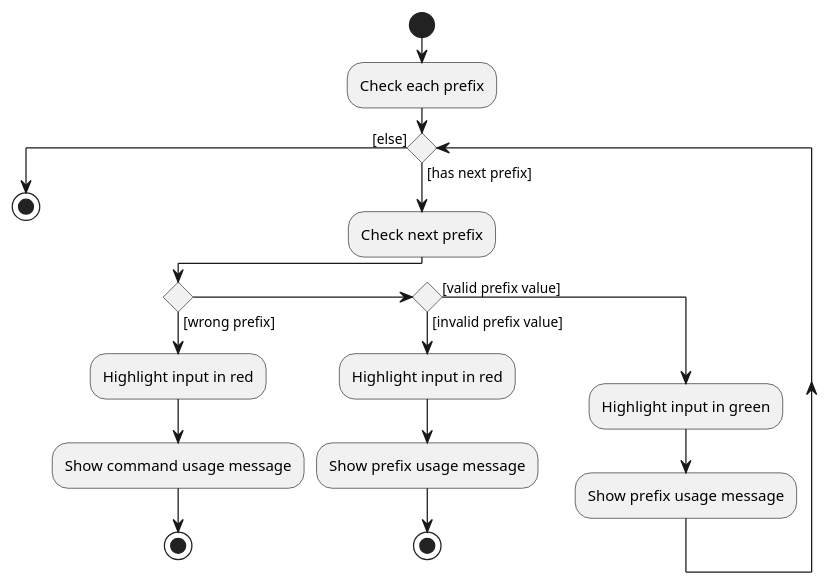
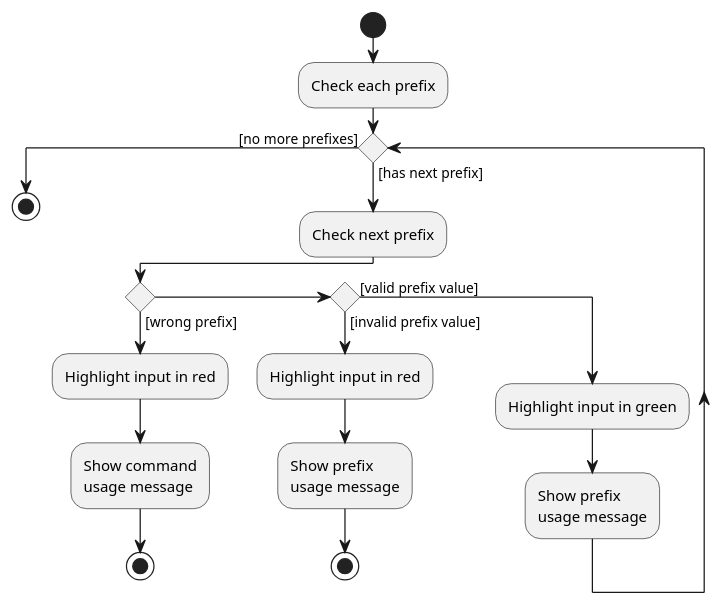
Before and after one commit to nus-cs2103-AY1920S2/addressbook-level3: the third of 3 diagrams in docs/diagrams/SyntaxHighlightingActivityDiagram.puml, drawn with PlantUML. The commit also changed other lines of this file and 8 other files, not shown here.

```diff
--- a/docs/diagrams/SyntaxHighlightingActivityDiagram.puml
+++ b/docs/diagrams/SyntaxHighlightingActivityDiagram.puml
@@ -66,24 +69,27 @@
 @startuml
 start
 
 :Check each prefix;
 
 while () is ([has next prefix])
 
 :Check next prefix;
 
 if () then ([wrong prefix])
     :Highlight input in red;
-    :Show command usage message;
+    :Show command
+    usage message;
     stop
 else if () then ([invalid prefix value])
     :Highlight input in red;
-    :Show prefix usage message;
+    :Show prefix
+    usage message;
     stop
 else ([valid prefix value])
     :Highlight input in green;
-    :Show prefix usage message;
+    :Show prefix
+    usage message;
 endif
-endwhile([else])
+endwhile([no more prefixes])
 stop
 @enduml
```
